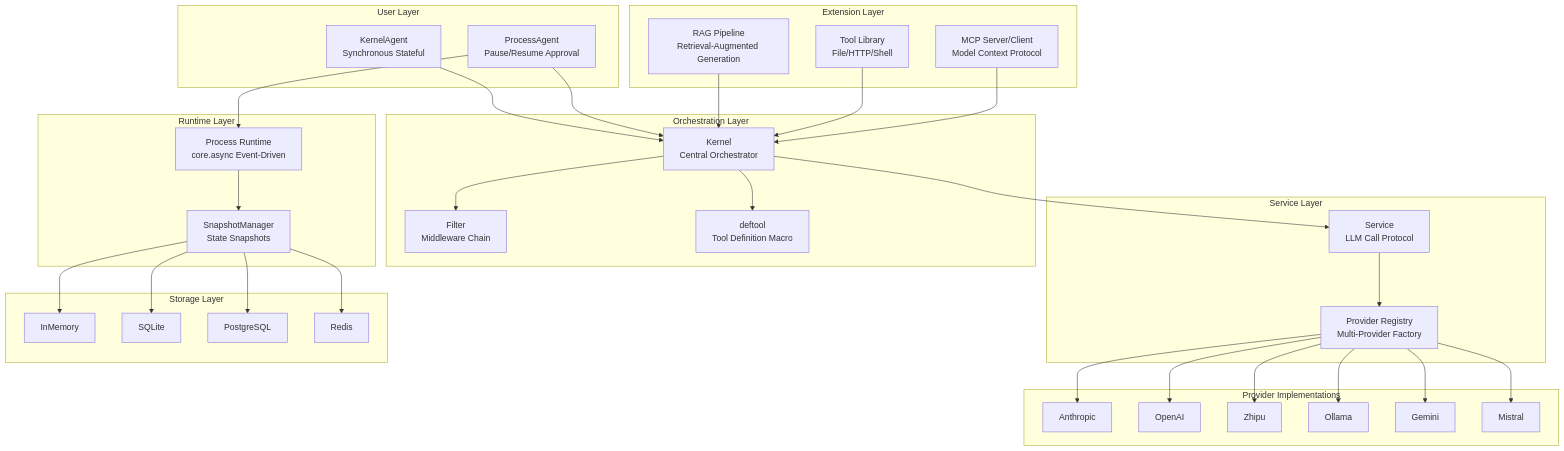
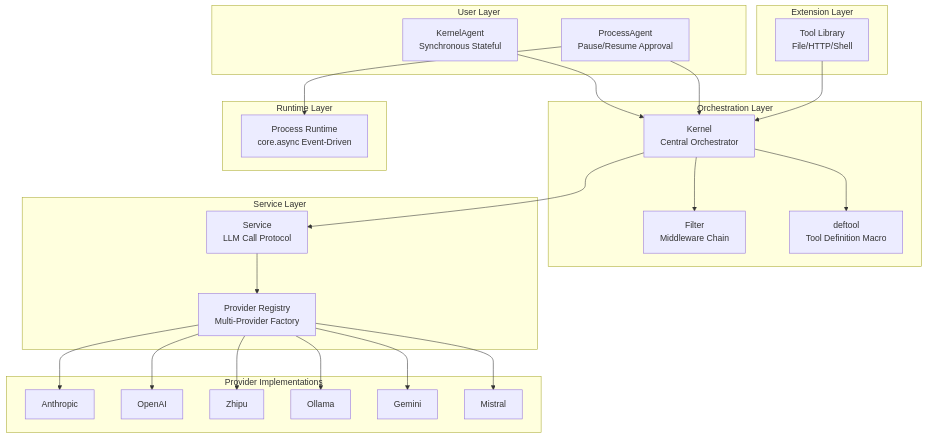
One commit to TTalkPro/clj-agent changed the first of 2 diagrams in README_EN.md. Above: the diagram before and after it, drawn with Mermaid. The commit also changed other lines of this file and 2 other files, not shown here.

First line of the commit message:
更新文档：移除 a2a/mcp/memory/rag 相关章节

````diff
--- a/README_EN.md
+++ b/README_EN.md
@@ -24,59 +21,45 @@
 ```mermaid
 graph TB
     subgraph "User Layer"
         KA[KernelAgent<br/>Synchronous Stateful]
         PA[ProcessAgent<br/>Pause/Resume Approval]
     end
 
     subgraph "Orchestration Layer"
         K[Kernel<br/>Central Orchestrator]
         F[Filter<br/>Middleware Chain]
         T[deftool<br/>Tool Definition Macro]
     end
 
     subgraph "Service Layer"
         S[Service<br/>LLM Call Protocol]
         PR[Provider Registry<br/>Multi-Provider Factory]
     end
 
     subgraph "Provider Implementations"
         AN[Anthropic]
         OA[OpenAI]
         ZP[Zhipu]
         OL[Ollama]
         GM[Gemini]
         MS[Mistral]
     end
 
     subgraph "Runtime Layer"
         RT[Process Runtime<br/>core.async Event-Driven]
-        SM[SnapshotManager<br/>State Snapshots]
-    end
-
-    subgraph "Storage Layer"
-        MEM[InMemory]
-        SQL[SQLite]
-        PG[PostgreSQL]
-        RD[Redis]
     end
 
     subgraph "Extension Layer"
-        RAG[RAG Pipeline<br/>Retrieval-Augmented Generation]
-        MCP[MCP Server/Client<br/>Model Context Protocol]
         PLG[Tool Library<br/>File/HTTP/Shell]
     end
 
     KA --> K
     PA --> K
     PA --> RT
     K --> T
     K --> F
     K --> S
     S --> PR
     PR --> AN & OA & ZP & OL & GM & MS
-    RT --> SM
-    SM --> MEM & SQL & PG & RD
-    RAG --> K
     PLG --> K
-    MCP --> K
 ```
````
